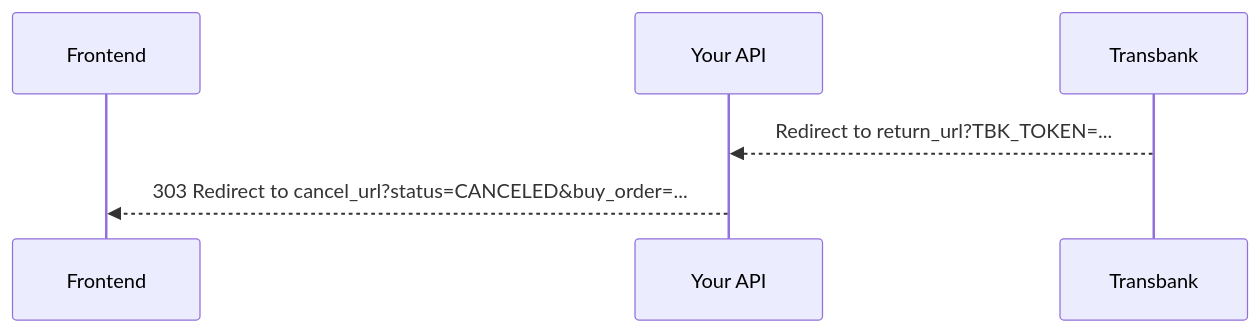
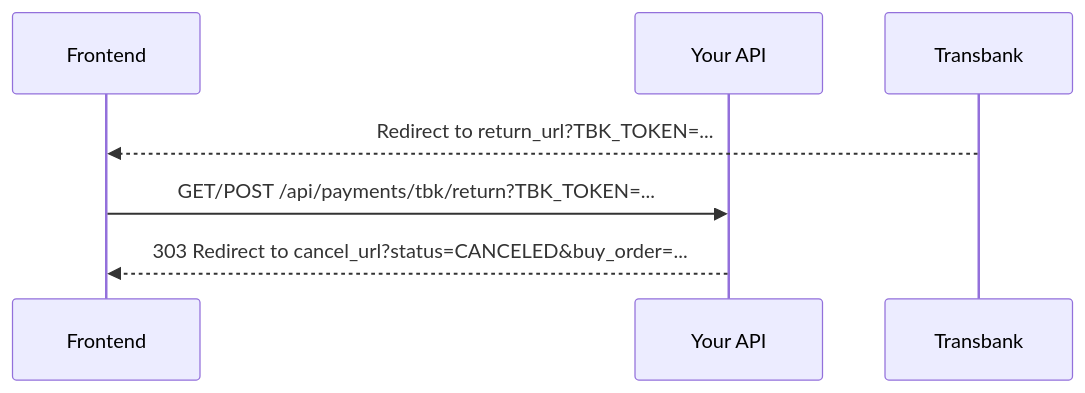
Before and after one commit to carlosSepher/ninja-payments-api: the fifth of 5 diagrams in README.md, drawn with Mermaid. The commit also changed other lines of this file, not shown here.

````diff
--- a/README.md
+++ b/README.md
@@ -210,9 +211,10 @@
 ```mermaid
 sequenceDiagram
   participant F as Frontend
   participant API as Your API
   participant TBK as Transbank
 
-  TBK-->>API: Redirect to return_url?TBK_TOKEN=...
+  TBK-->>F: Redirect to return_url?TBK_TOKEN=...
+  F->>API: GET/POST /api/payments/tbk/return?TBK_TOKEN=...
   API-->>F: 303 Redirect to cancel_url?status=CANCELED&buy_order=...
 ```
````
